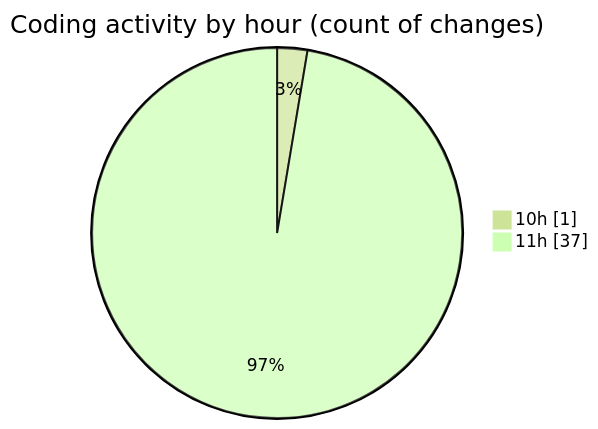
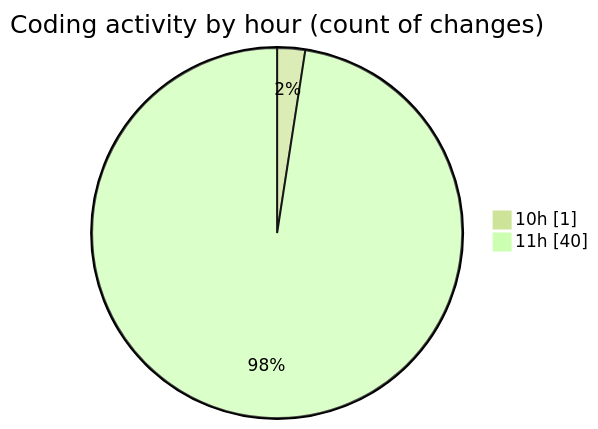
Before and after one commit to nxtqubesakshisongat/code-tracking: the second of 2 diagrams in 2025-06-25/nxtqube_webapp/README.md, drawn with Mermaid (forest theme). The commit also changed other lines of this file and 1 other file, not shown here.

````diff
--- a/2025-06-25/nxtqube_webapp/README.md
+++ b/2025-06-25/nxtqube_webapp/README.md
@@ -33,6 +33,6 @@
 ```mermaid
 pie showData
 title Coding activity by hour (count of changes)
 "10h" : 1
-"11h" : 37
+"11h" : 40
 ```
````
